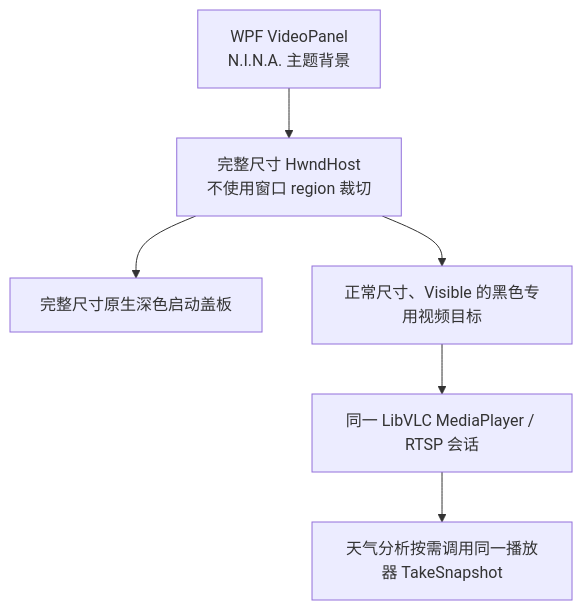
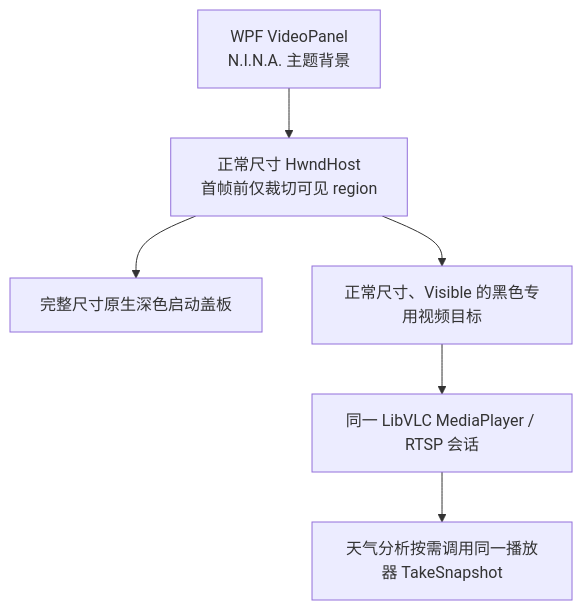
Before and after one commit to sedirk/nina.plugin.aiweather-advanced: the first of 2 diagrams in docs/RTSP_PREVIEW_NATIVE_AIRSPACE_INCIDENT.zh-CN.md, drawn with Mermaid. The commit also changed other lines of this file and 7 other files, not shown here.

````diff
--- a/docs/RTSP_PREVIEW_NATIVE_AIRSPACE_INCIDENT.zh-CN.md
+++ b/docs/RTSP_PREVIEW_NATIVE_AIRSPACE_INCIDENT.zh-CN.md
@@ -144,14 +159,14 @@
 ```mermaid
 flowchart TB
     P["WPF VideoPanel<br/>N.I.N.A. 主题背景"]
-    H["完整尺寸 HwndHost<br/>不使用窗口 region 裁切"]
+    H["正常尺寸 HwndHost<br/>首帧前仅裁切可见 region"]
     C["完整尺寸原生深色启动盖板"]
     T["正常尺寸、Visible 的黑色专用视频目标"]
     V["同一 LibVLC MediaPlayer / RTSP 会话"]
     A["天气分析按需调用同一播放器 TakeSnapshot"]
 
     P --> H
     H --> C
     H --> T --> V
     V --> A
 ```
````
